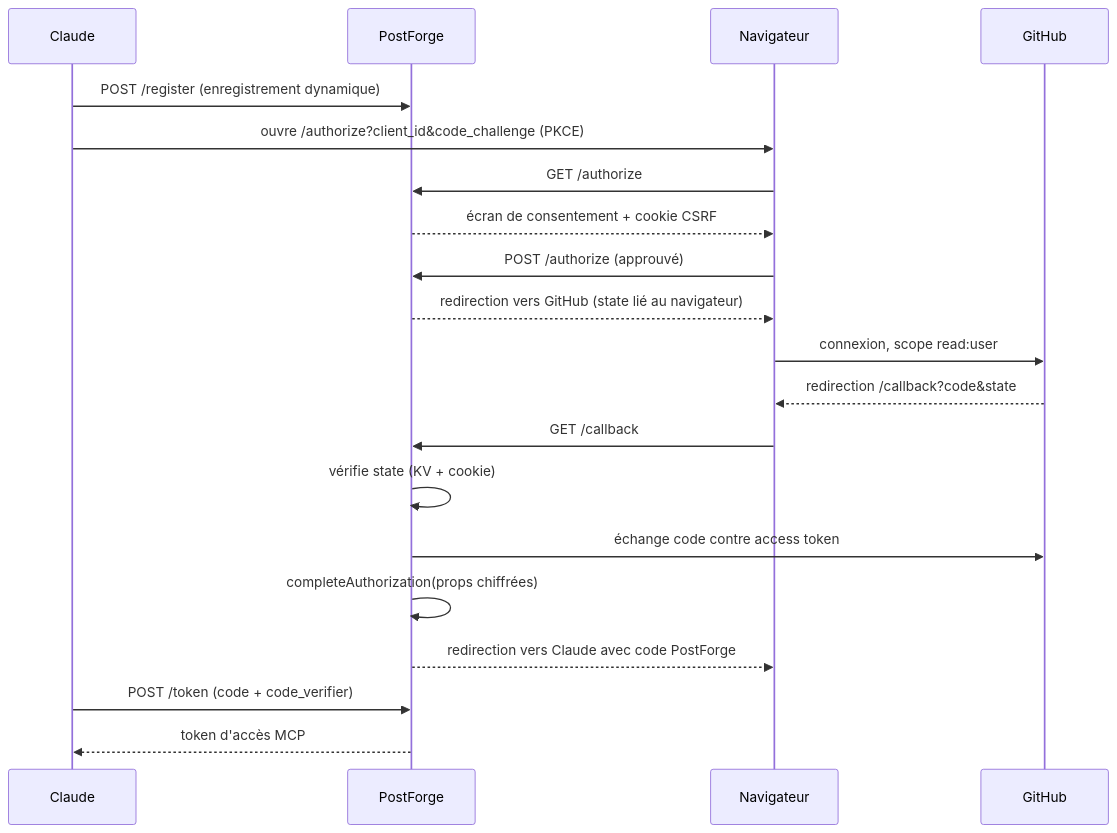
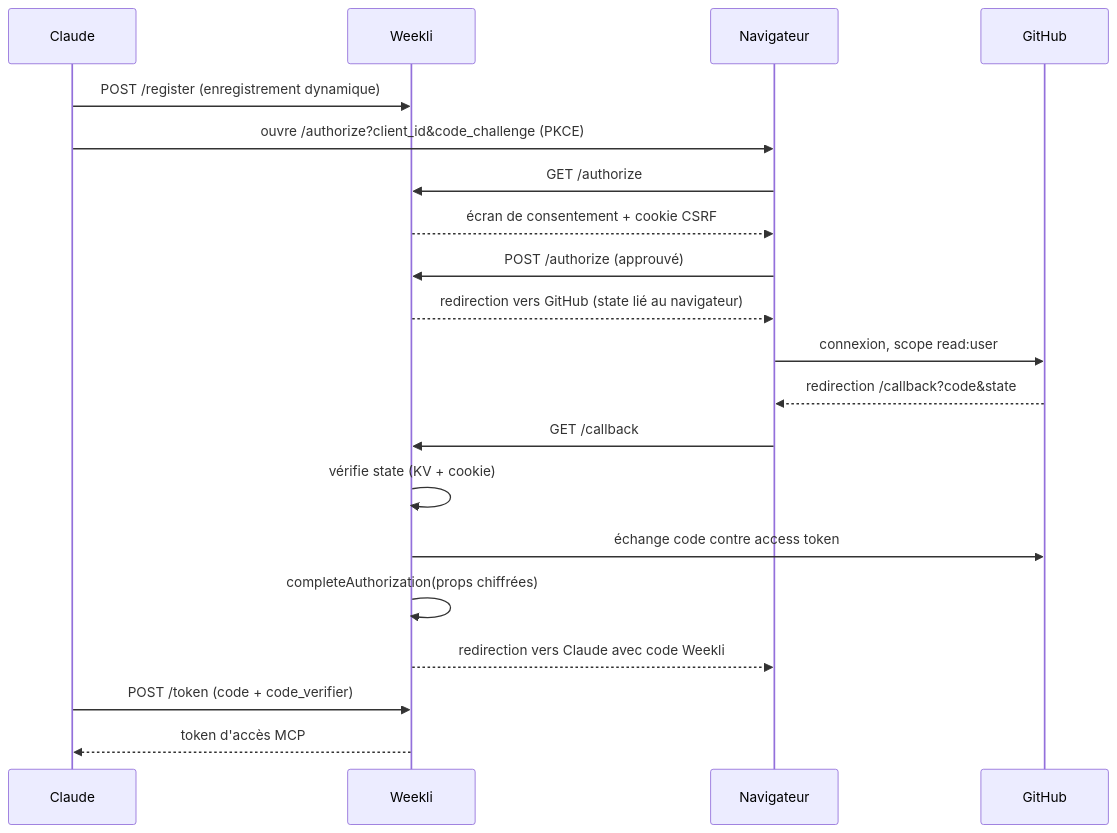
The second of 3 diagrams in docs/architecture.md (Souf-F/weekli), drawn with Mermaid before and after one commit. The commit also changed other lines of this file and 11 other files, not shown here.

````diff
--- a/docs/architecture.md
+++ b/docs/architecture.md
@@ -26,23 +26,23 @@
 ```mermaid
 sequenceDiagram
     participant C as Claude
-    participant P as PostForge
+    participant P as Weekli
     participant U as Navigateur
     participant G as GitHub
 
     C->>P: POST /register (enregistrement dynamique)
     C->>U: ouvre /authorize?client_id&code_challenge (PKCE)
     U->>P: GET /authorize
     P-->>U: écran de consentement + cookie CSRF
     U->>P: POST /authorize (approuvé)
     P-->>U: redirection vers GitHub (state lié au navigateur)
     U->>G: connexion, scope read:user
     G-->>U: redirection /callback?code&state
     U->>P: GET /callback
     P->>P: vérifie state (KV + cookie)
     P->>G: échange code contre access token
     P->>P: completeAuthorization(props chiffrées)
-    P-->>U: redirection vers Claude avec code PostForge
+    P-->>U: redirection vers Claude avec code Weekli
     C->>P: POST /token (code + code_verifier)
     P-->>C: token d'accès MCP
 ```
````
